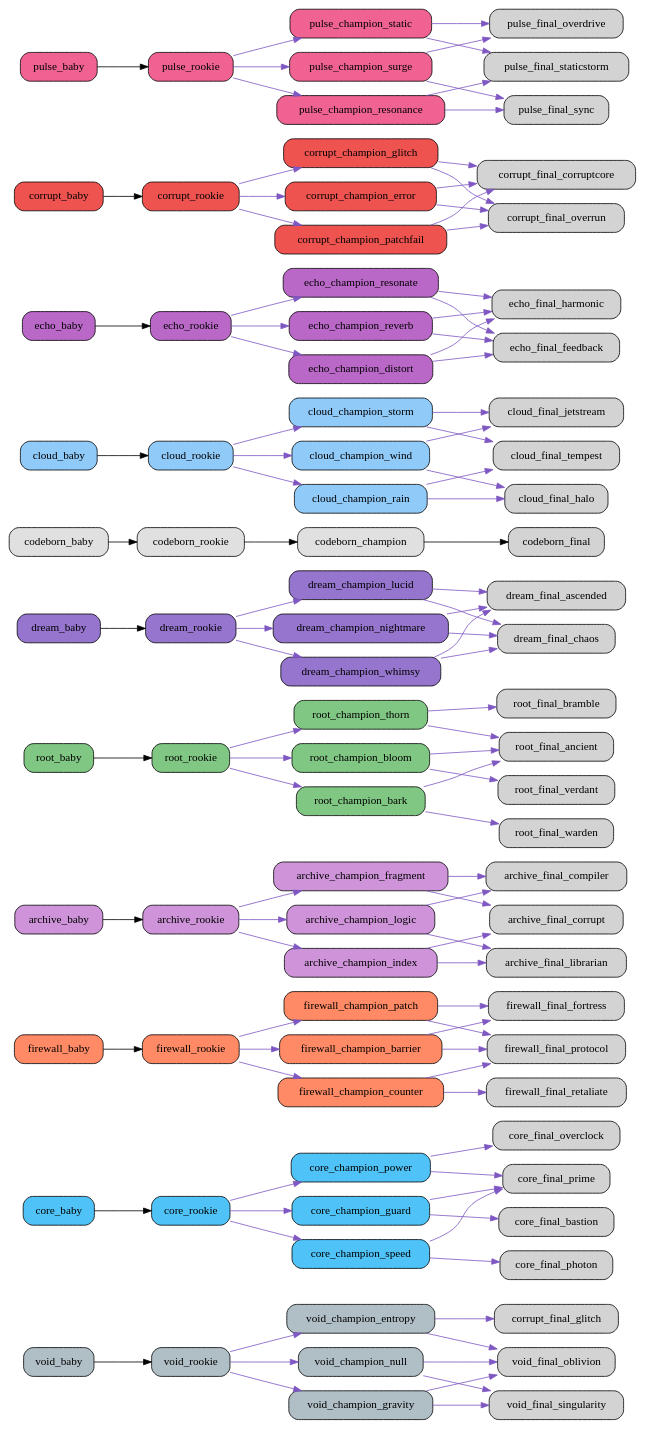
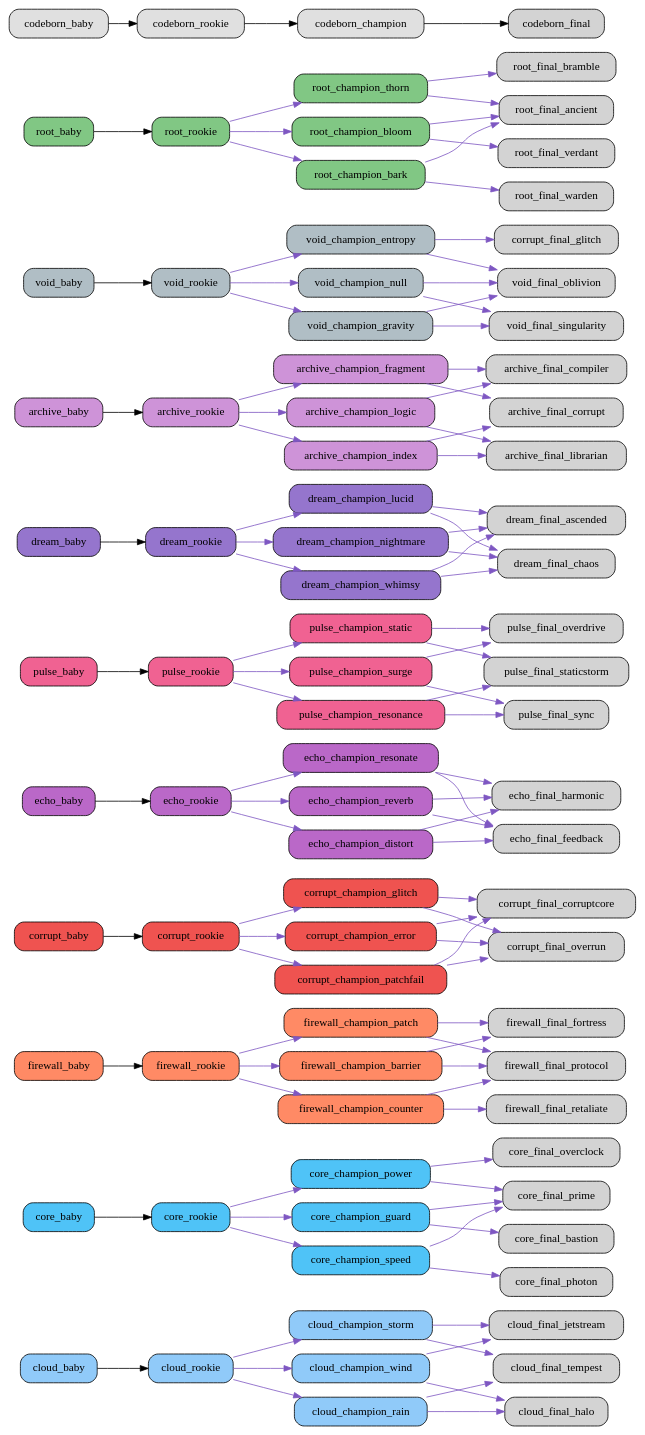
One commit to bwlight/NetGrid changed the diagram in src/netgrid/systems/evolution/graphs/full/evolution_graph.dot. Above: the diagram before and after it, drawn with Graphviz. The commit also changed other lines of this file and 8 other files, not shown here.

Commit message:
Auto-update evolution graphs

```diff
--- a/src/netgrid/systems/evolution/graphs/full/evolution_graph.dot
+++ b/src/netgrid/systems/evolution/graphs/full/evolution_graph.dot
@@ -1,21 +1,21 @@
 digraph EvolutionTree {
   rankdir=LR;
   node [shape=box, style="rounded,filled"];
-  "void_baby" [fillcolor="#b0bec5"];
-  "void_baby" -> "void_rookie";
-  "void_rookie" [fillcolor="#b0bec5"];
-  "void_rookie" -> "void_champion_entropy" [color="#7e57c2"];
-  "void_rookie" -> "void_champion_gravity" [color="#7e57c2"];
-  "void_rookie" -> "void_champion_null" [color="#7e57c2"];
-  "void_champion_entropy" [fillcolor="#b0bec5"];
-  "void_champion_entropy" -> "corrupt_final_glitch" [color="#7e57c2"];
-  "void_champion_entropy" -> "void_final_oblivion" [color="#7e57c2"];
-  "void_champion_gravity" [fillcolor="#b0bec5"];
-  "void_champion_gravity" -> "void_final_singularity" [color="#7e57c2"];
-  "void_champion_gravity" -> "void_final_oblivion" [color="#7e57c2"];
-  "void_champion_null" [fillcolor="#b0bec5"];
-  "void_champion_null" -> "void_final_oblivion" [color="#7e57c2"];
-  "void_champion_null" -> "void_final_singularity" [color="#7e57c2"];
+  "cloud_baby" [fillcolor="#90caf9"];
+  "cloud_baby" -> "cloud_rookie";
+  "cloud_rookie" [fillcolor="#90caf9"];
+  "cloud_rookie" -> "cloud_champion_wind" [color="#7e57c2"];
+  "cloud_rookie" -> "cloud_champion_rain" [color="#7e57c2"];
+  "cloud_rookie" -> "cloud_champion_storm" [color="#7e57c2"];
+  "cloud_champion_wind" [fillcolor="#90caf9"];
+  "cloud_champion_wind" -> "cloud_final_jetstream" [color="#7e57c2"];
+  "cloud_champion_wind" -> "cloud_final_halo" [color="#7e57c2"];
+  "cloud_champion_rain" [fillcolor="#90caf9"];
+  "cloud_champion_rain" -> "cloud_final_halo" [color="#7e57c2"];
+  "cloud_champion_rain" -> "cloud_final_tempest" [color="#7e57c2"];
+  "cloud_champion_storm" [fillcolor="#90caf9"];
+  "cloud_champion_storm" -> "cloud_final_tempest" [color="#7e57c2"];
+  "cloud_champion_storm" -> "cloud_final_jetstream" [color="#7e57c2"];
   "core_baby" [fillcolor="#4fc3f7"];
   "core_baby" -> "core_rookie";
   "core_rookie" [fillcolor="#4fc3f7"];
@@ -46,6 +46,66 @@
   "firewall_champion_patch" [fillcolor="#ff8a65"];
   "firewall_champion_patch" -> "firewall_final_protocol" [color="#7e57c2"];
   "firewall_champion_patch" -> "firewall_final_fortress" [color="#7e57c2"];
+  "corrupt_baby" [fillcolor="#ef5350"];
+  "corrupt_baby" -> "corrupt_rookie";
+  "corrupt_rookie" [fillcolor="#ef5350"];
+  "corrupt_rookie" -> "corrupt_champion_glitch" [color="#7e57c2"];
+  "corrupt_rookie" -> "corrupt_champion_error" [color="#7e57c2"];
+  "corrupt_rookie" -> "corrupt_champion_patchfail" [color="#7e57c2"];
+  "corrupt_champion_glitch" [fillcolor="#ef5350"];
+  "corrupt_champion_glitch" -> "corrupt_final_corruptcore" [color="#7e57c2"];
+  "corrupt_champion_glitch" -> "corrupt_final_overrun" [color="#7e57c2"];
+  "corrupt_champion_error" [fillcolor="#ef5350"];
+  "corrupt_champion_error" -> "corrupt_final_overrun" [color="#7e57c2"];
+  "corrupt_champion_error" -> "corrupt_final_corruptcore" [color="#7e57c2"];
+  "corrupt_champion_patchfail" [fillcolor="#ef5350"];
+  "corrupt_champion_patchfail" -> "corrupt_final_corruptcore" [color="#7e57c2"];
+  "corrupt_champion_patchfail" -> "corrupt_final_overrun" [color="#7e57c2"];
+  "echo_baby" [fillcolor="#ba68c8"];
+  "echo_baby" -> "echo_rookie";
+  "echo_rookie" [fillcolor="#ba68c8"];
+  "echo_rookie" -> "echo_champion_resonate" [color="#7e57c2"];
+  "echo_rookie" -> "echo_champion_reverb" [color="#7e57c2"];
+  "echo_rookie" -> "echo_champion_distort" [color="#7e57c2"];
+  "echo_champion_resonate" [fillcolor="#ba68c8"];
+  "echo_champion_resonate" -> "echo_final_harmonic" [color="#7e57c2"];
+  "echo_champion_resonate" -> "echo_final_feedback" [color="#7e57c2"];
+  "echo_champion_reverb" [fillcolor="#ba68c8"];
+  "echo_champion_reverb" -> "echo_final_feedback" [color="#7e57c2"];
+  "echo_champion_reverb" -> "echo_final_harmonic" [color="#7e57c2"];
+  "echo_champion_distort" [fillcolor="#ba68c8"];
+  "echo_champion_distort" -> "echo_final_feedback" [color="#7e57c2"];
+  "echo_champion_distort" -> "echo_final_harmonic" [color="#7e57c2"];
+  "pulse_baby" [fillcolor="#f06292"];
+  "pulse_baby" -> "pulse_rookie";
+  "pulse_rookie" [fillcolor="#f06292"];
+  "pulse_rookie" -> "pulse_champion_surge" [color="#7e57c2"];
+  "pulse_rookie" -> "pulse_champion_resonance" [color="#7e57c2"];
+  "pulse_rookie" -> "pulse_champion_static" [color="#7e57c2"];
+  "pulse_champion_surge" [fillcolor="#f06292"];
+  "pulse_champion_surge" -> "pulse_final_overdrive" [color="#7e57c2"];
+  "pulse_champion_surge" -> "pulse_final_sync" [color="#7e57c2"];
+  "pulse_champion_resonance" [fillcolor="#f06292"];
+  "pulse_champion_resonance" -> "pulse_final_sync" [color="#7e57c2"];
+  "pulse_champion_resonance" -> "pulse_final_staticstorm" [color="#7e57c2"];
+  "pulse_champion_static" [fillcolor="#f06292"];
+  "pulse_champion_static" -> "pulse_final_staticstorm" [color="#7e57c2"];
+  "pulse_champion_static" -> "pulse_final_overdrive" [color="#7e57c2"];
+  "dream_baby" [fillcolor="#9575cd"];
+  "dream_baby" -> "dream_rookie";
+  "dream_rookie" [fillcolor="#9575cd"];
+  "dream_rookie" -> "dream_champion_lucid" [color="#7e57c2"];
+  "dream_rookie" -> "dream_champion_nightmare" [color="#7e57c2"];
+  "dream_rookie" -> "dream_champion_whimsy" [color="#7e57c2"];
+  "dream_champion_lucid" [fillcolor="#9575cd"];
+  "dream_champion_lucid" -> "dream_final_ascended" [color="#7e57c2"];
+  "dream_champion_lucid" -> "dream_final_chaos" [color="#7e57c2"];
+  "dream_champion_nightmare" [fillcolor="#9575cd"];
+  "dream_champion_nightmare" -> "dream_final_chaos" [color="#7e57c2"];
+  "dream_champion_nightmare" -> "dream_final_ascended" [color="#7e57c2"];
+  "dream_champion_whimsy" [fillcolor="#9575cd"];
+  "dream_champion_whimsy" -> "dream_final_ascended" [color="#7e57c2"];
+  "dream_champion_whimsy" -> "dream_final_chaos" [color="#7e57c2"];
   "archive_baby" [fillcolor="#ce93d8"];
   "archive_baby" -> "archive_rookie";
   "archive_rookie" [fillcolor="#ce93d8"];
@@ -61,6 +121,21 @@
   "archive_champion_fragment" [fillcolor="#ce93d8"];
   "archive_champion_fragment" -> "archive_final_corrupt" [color="#7e57c2"];
   "archive_champion_fragment" -> "archive_final_compiler" [color="#7e57c2"];
+  "void_baby" [fillcolor="#b0bec5"];
+  "void_baby" -> "void_rookie";
+  "void_rookie" [fillcolor="#b0bec5"];
+  "void_rookie" -> "void_champion_entropy" [color="#7e57c2"];
+  "void_rookie" -> "void_champion_gravity" [color="#7e57c2"];
+  "void_rookie" -> "void_champion_null" [color="#7e57c2"];
+  "void_champion_entropy" [fillcolor="#b0bec5"];
+  "void_champion_entropy" -> "corrupt_final_glitch" [color="#7e57c2"];
+  "void_champion_entropy" -> "void_final_oblivion" [color="#7e57c2"];
+  "void_champion_gravity" [fillcolor="#b0bec5"];
+  "void_champion_gravity" -> "void_final_singularity" [color="#7e57c2"];
+  "void_champion_gravity" -> "void_final_oblivion" [color="#7e57c2"];
+  "void_champion_null" [fillcolor="#b0bec5"];
+  "void_champion_null" -> "void_final_oblivion" [color="#7e57c2"];
+  "void_champion_null" -> "void_final_singularity" [color="#7e57c2"];
   "root_baby" [fillcolor="#81c784"];
   "root_baby" -> "root_rookie";
   "root_rookie" [fillcolor="#81c784"];
@@ -76,85 +151,10 @@
   "root_champion_bark" [fillcolor="#81c784"];
   "root_champion_bark" -> "root_final_warden" [color="#7e57c2"];
   "root_champion_bark" -> "root_final_ancient" [color="#7e57c2"];
-  "dream_baby" [fillcolor="#9575cd"];
-  "dream_baby" -> "dream_rookie";
-  "dream_rookie" [fillcolor="#9575cd"];
-  "dream_rookie" -> "dream_champion_lucid" [color="#7e57c2"];
-  "dream_rookie" -> "dream_champion_nightmare" [color="#7e57c2"];
-  "dream_rookie" -> "dream_champion_whimsy" [color="#7e57c2"];
-  "dream_champion_lucid" [fillcolor="#9575cd"];
-  "dream_champion_lucid" -> "dream_final_ascended" [color="#7e57c2"];
-  "dream_champion_lucid" -> "dream_final_chaos" [color="#7e57c2"];
-  "dream_champion_nightmare" [fillcolor="#9575cd"];
-  "dream_champion_nightmare" -> "dream_final_chaos" [color="#7e57c2"];
-  "dream_champion_nightmare" -> "dream_final_ascended" [color="#7e57c2"];
-  "dream_champion_whimsy" [fillcolor="#9575cd"];
-  "dream_champion_whimsy" -> "dream_final_ascended" [color="#7e57c2"];
-  "dream_champion_whimsy" -> "dream_final_chaos" [color="#7e57c2"];
   "codeborn_baby" [fillcolor="#e0e0e0"];
   "codeborn_baby" -> "codeborn_rookie";
   "codeborn_rookie" [fillcolor="#e0e0e0"];
   "codeborn_rookie" -> "codeborn_champion";
   "codeborn_champion" [fillcolor="#e0e0e0"];
   "codeborn_champion" -> "codeborn_final";
-  "cloud_baby" [fillcolor="#90caf9"];
-  "cloud_baby" -> "cloud_rookie";
-  "cloud_rookie" [fillcolor="#90caf9"];
-  "cloud_rookie" -> "cloud_champion_wind" [color="#7e57c2"];
-  "cloud_rookie" -> "cloud_champion_rain" [color="#7e57c2"];
-  "cloud_rookie" -> "cloud_champion_storm" [color="#7e57c2"];
-  "cloud_champion_wind" [fillcolor="#90caf9"];
-  "cloud_champion_wind" -> "cloud_final_jetstream" [color="#7e57c2"];
-  "cloud_champion_wind" -> "cloud_final_halo" [color="#7e57c2"];
-  "cloud_champion_rain" [fillcolor="#90caf9"];
-  "cloud_champion_rain" -> "cloud_final_halo" [color="#7e57c2"];
-  "cloud_champion_rain" -> "cloud_final_tempest" [color="#7e57c2"];
-  "cloud_champion_storm" [fillcolor="#90caf9"];
-  "cloud_champion_storm" -> "cloud_final_tempest" [color="#7e57c2"];
-  "cloud_champion_storm" -> "cloud_final_jetstream" [color="#7e57c2"];
-  "echo_baby" [fillcolor="#ba68c8"];
-  "echo_baby" -> "echo_rookie";
-  "echo_rookie" [fillcolor="#ba68c8"];
-  "echo_rookie" -> "echo_champion_resonate" [color="#7e57c2"];
-  "echo_rookie" -> "echo_champion_reverb" [color="#7e57c2"];
-  "echo_rookie" -> "echo_champion_distort" [color="#7e57c2"];
-  "echo_champion_resonate" [fillcolor="#ba68c8"];
-  "echo_champion_resonate" -> "echo_final_harmonic" [color="#7e57c2"];
-  "echo_champion_resonate" -> "echo_final_feedback" [color="#7e57c2"];
-  "echo_champion_reverb" [fillcolor="#ba68c8"];
-  "echo_champion_reverb" -> "echo_final_feedback" [color="#7e57c2"];
-  "echo_champion_reverb" -> "echo_final_harmonic" [color="#7e57c2"];
-  "echo_champion_distort" [fillcolor="#ba68c8"];
-  "echo_champion_distort" -> "echo_final_feedback" [color="#7e57c2"];
-  "echo_champion_distort" -> "echo_final_harmonic" [color="#7e57c2"];
-  "corrupt_baby" [fillcolor="#ef5350"];
-  "corrupt_baby" -> "corrupt_rookie";
-  "corrupt_rookie" [fillcolor="#ef5350"];
-  "corrupt_rookie" -> "corrupt_champion_glitch" [color="#7e57c2"];
-  "corrupt_rookie" -> "corrupt_champion_error" [color="#7e57c2"];
-  "corrupt_rookie" -> "corrupt_champion_patchfail" [color="#7e57c2"];
-  "corrupt_champion_glitch" [fillcolor="#ef5350"];
-  "corrupt_champion_glitch" -> "corrupt_final_corruptcore" [color="#7e57c2"];
-  "corrupt_champion_glitch" -> "corrupt_final_overrun" [color="#7e57c2"];
-  "corrupt_champion_error" [fillcolor="#ef5350"];
-  "corrupt_champion_error" -> "corrupt_final_overrun" [color="#7e57c2"];
-  "corrupt_champion_error" -> "corrupt_final_corruptcore" [color="#7e57c2"];
-  "corrupt_champion_patchfail" [fillcolor="#ef5350"];
-  "corrupt_champion_patchfail" -> "corrupt_final_corruptcore" [color="#7e57c2"];
-  "corrupt_champion_patchfail" -> "corrupt_final_overrun" [color="#7e57c2"];
-  "pulse_baby" [fillcolor="#f06292"];
-  "pulse_baby" -> "pulse_rookie";
-  "pulse_rookie" [fillcolor="#f06292"];
-  "pulse_rookie" -> "pulse_champion_surge" [color="#7e57c2"];
-  "pulse_rookie" -> "pulse_champion_resonance" [color="#7e57c2"];
-  "pulse_rookie" -> "pulse_champion_static" [color="#7e57c2"];
-  "pulse_champion_surge" [fillcolor="#f06292"];
-  "pulse_champion_surge" -> "pulse_final_overdrive" [color="#7e57c2"];
-  "pulse_champion_surge" -> "pulse_final_sync" [color="#7e57c2"];
-  "pulse_champion_resonance" [fillcolor="#f06292"];
-  "pulse_champion_resonance" -> "pulse_final_sync" [color="#7e57c2"];
-  "pulse_champion_resonance" -> "pulse_final_staticstorm" [color="#7e57c2"];
-  "pulse_champion_static" [fillcolor="#f06292"];
-  "pulse_champion_static" -> "pulse_final_staticstorm" [color="#7e57c2"];
-  "pulse_champion_static" -> "pulse_final_overdrive" [color="#7e57c2"];
 }
```
